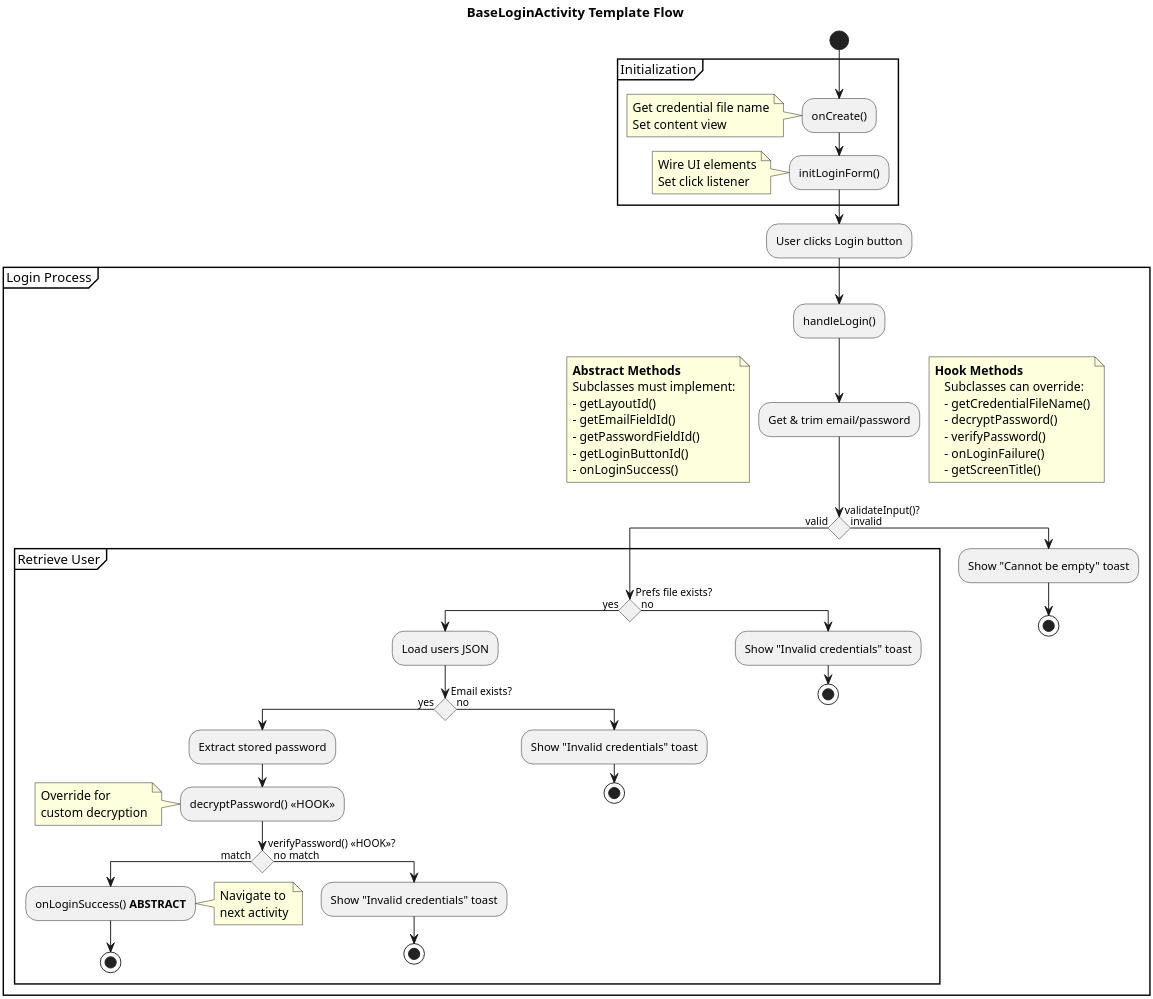
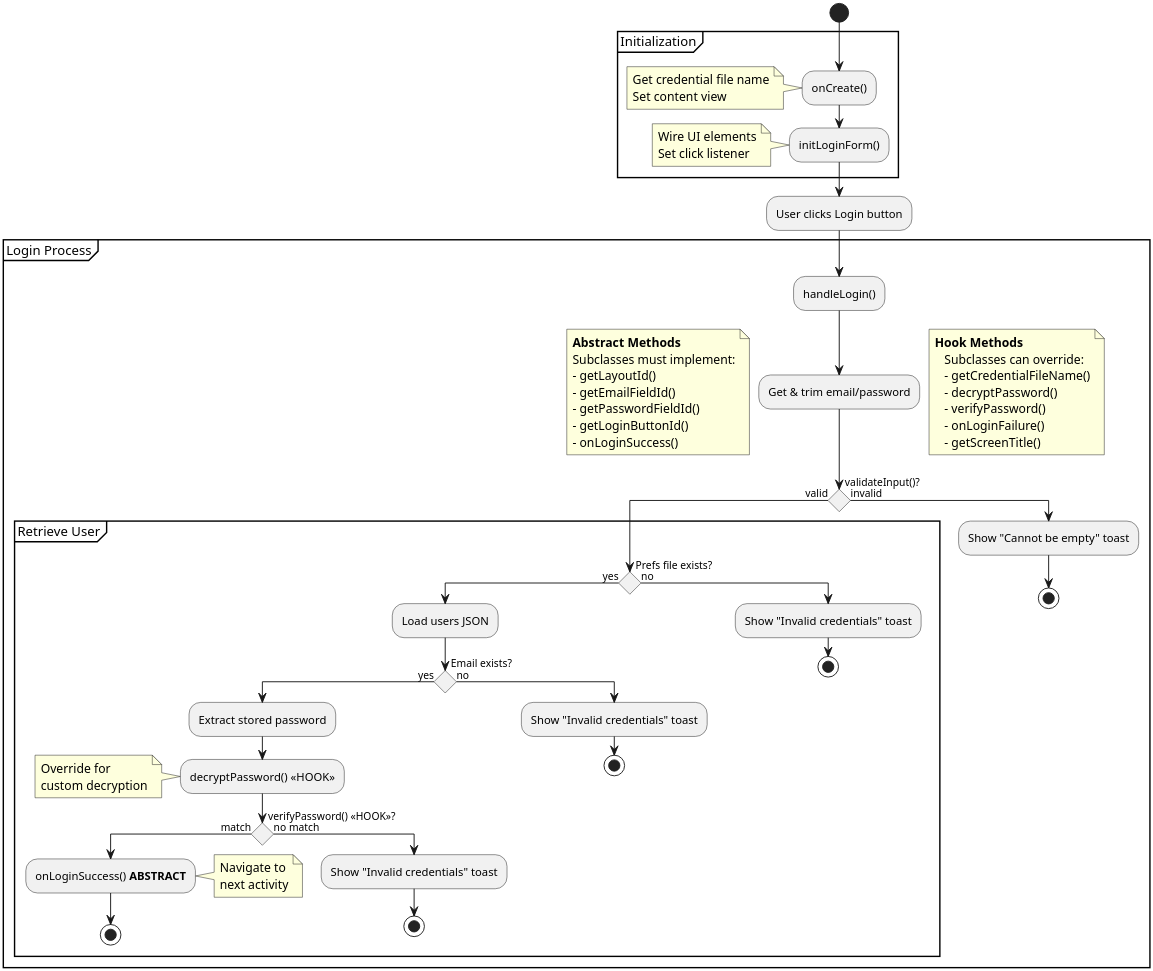
The diagram in apps/uml_diagrams/LoginActivityTemplate.puml (domi-cmd/Reference_Application_for_OWASP_MASTG), drawn with PlantUML before and after one commit. The commit also changed 6 other files, not shown here.

Commit message:
Did final refinements of the uml diagrams of <Design> section, removed all titles, adjusted names from <maswe...> to <masvs...>

```diff
--- a/apps/uml_diagrams/LoginActivityTemplate.puml
+++ b/apps/uml_diagrams/LoginActivityTemplate.puml
@@ -1,75 +1,75 @@
 @startuml
-title BaseLoginActivity Template Flow
+' title BaseLoginActivity Template Flow
 skinparam dpi 300
 skinparam conditionStyle diamond
 
 start
 
 partition "Initialization" {
   :onCreate();
   note left: Get credential file name\nSet content view
   :initLoginForm();
   note left: Wire UI elements\nSet click listener
 }
 
 :User clicks Login button;
 
 partition "Login Process" {
   :handleLogin();
   :Get & trim email/password;
 
   note left
     **Abstract Methods**
     Subclasses must implement:
     - getLayoutId()
     - getEmailFieldId()
     - getPasswordFieldId()
     - getLoginButtonId()
     - onLoginSuccess()
   end note
 
   note right
    **Hook Methods**
       Subclasses can override:
       - getCredentialFileName()
       - decryptPassword()
       - verifyPassword()
       - onLoginFailure()
       - getScreenTitle()
    end note
 
   if (validateInput()?) then (valid)
 
     partition "Retrieve User" {
       if (Prefs file exists?) then (yes)
         :Load users JSON;
 
         if (Email exists?) then (yes)
           :Extract stored password;
           :decryptPassword() <<HOOK>>;
           note left: Override for\ncustom decryption
 
           if (verifyPassword() <<HOOK>>?) then (match)
             :onLoginSuccess() **ABSTRACT**;
             note right: Navigate to\nnext activity
             stop
           else (no match)
             :Show "Invalid credentials" toast;
             stop
           endif
         else (no)
           :Show "Invalid credentials" toast;
           stop
         endif
       else (no)
         :Show "Invalid credentials" toast;
         stop
       endif
     }
   else (invalid)
     :Show "Cannot be empty" toast;
     stop
   endif
 }
 
 @enduml
```
